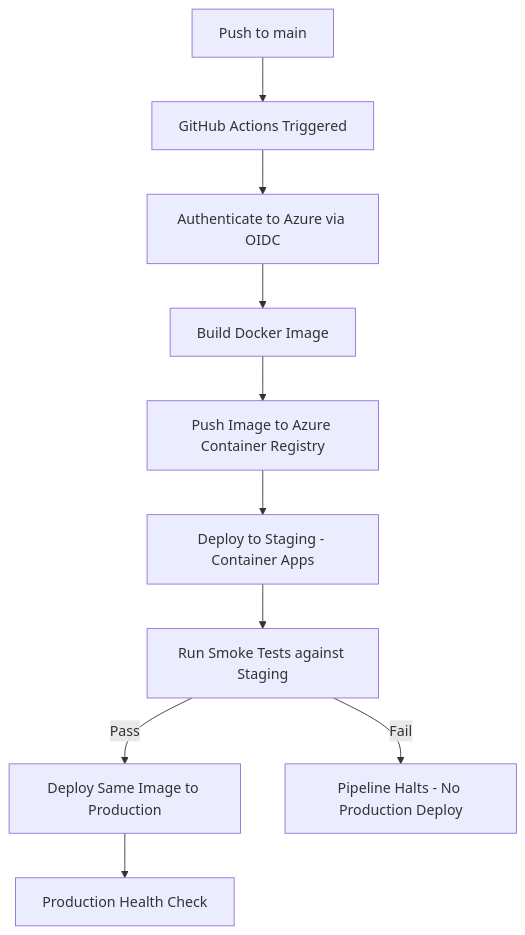
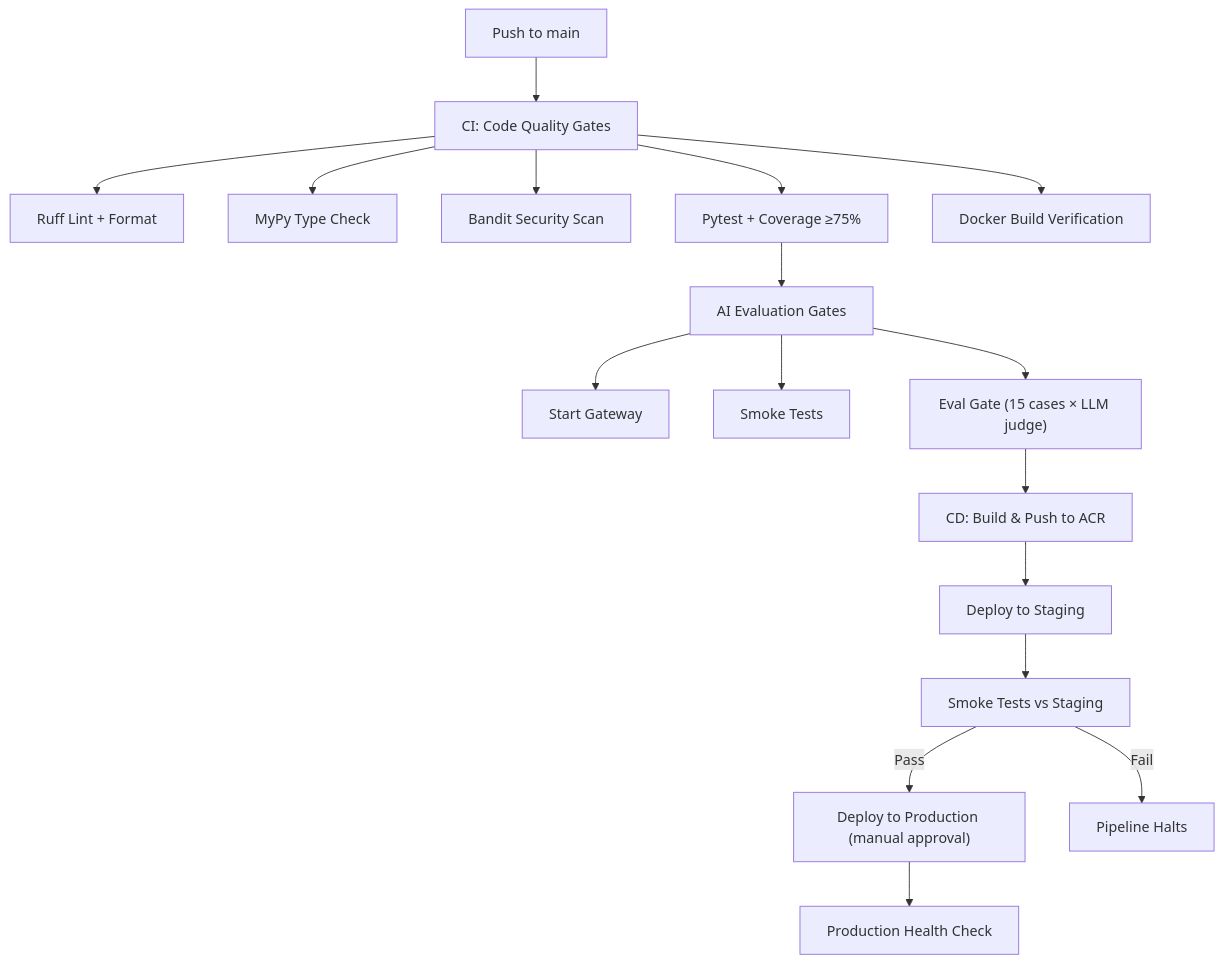
One commit to TechySan031/Production-GenAI-MLOps-Platform changed the second of 3 diagrams in README.md. Above: the diagram before and after it, drawn with Mermaid. The commit also changed other lines of this file and 32 other files, not shown here.

````diff
--- a/README.md
+++ b/README.md
@@ -82,12 +286,19 @@
 ```mermaid
 flowchart TD
-    A[Push to main] --> B[GitHub Actions Triggered]
-    B --> C[Authenticate to Azure via OIDC]
-    C --> D[Build Docker Image]
-    D --> E[Push Image to Azure Container Registry]
-    E --> F[Deploy to Staging - Container Apps]
-    F --> G[Run Smoke Tests against Staging]
-    G -->|Pass| H[Deploy Same Image to Production]
-    G -->|Fail| X[Pipeline Halts - No Production Deploy]
-    H --> I[Production Health Check]
+    A[Push to main] --> B[CI: Code Quality Gates]
+    B --> B1[Ruff Lint + Format]
+    B --> B2[MyPy Type Check]
+    B --> B3[Bandit Security Scan]
+    B --> B4[Pytest + Coverage ≥75%]
+    B --> B5[Docker Build Verification]
+    B4 --> C[AI Evaluation Gates]
+    C --> C1[Start Gateway]
+    C --> C2[Smoke Tests]
+    C --> C3["Eval Gate (15 cases × LLM judge)"]
+    C3 --> D[CD: Build & Push to ACR]
+    D --> E[Deploy to Staging]
+    E --> F[Smoke Tests vs Staging]
+    F -->|Pass| G["Deploy to Production (manual approval)"]
+    F -->|Fail| X[Pipeline Halts]
+    G --> H[Production Health Check]
 ```
````
